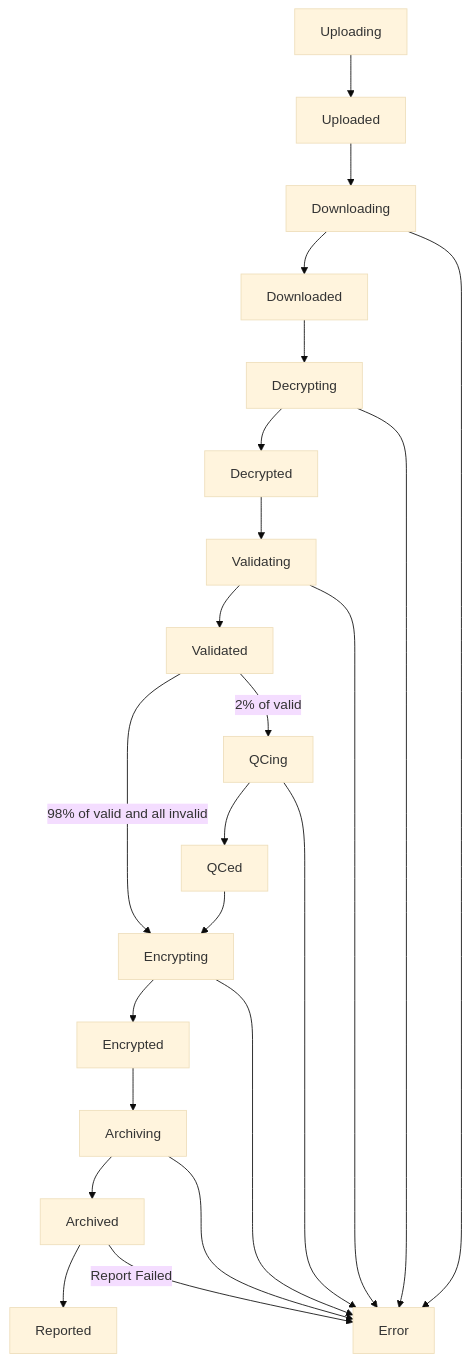
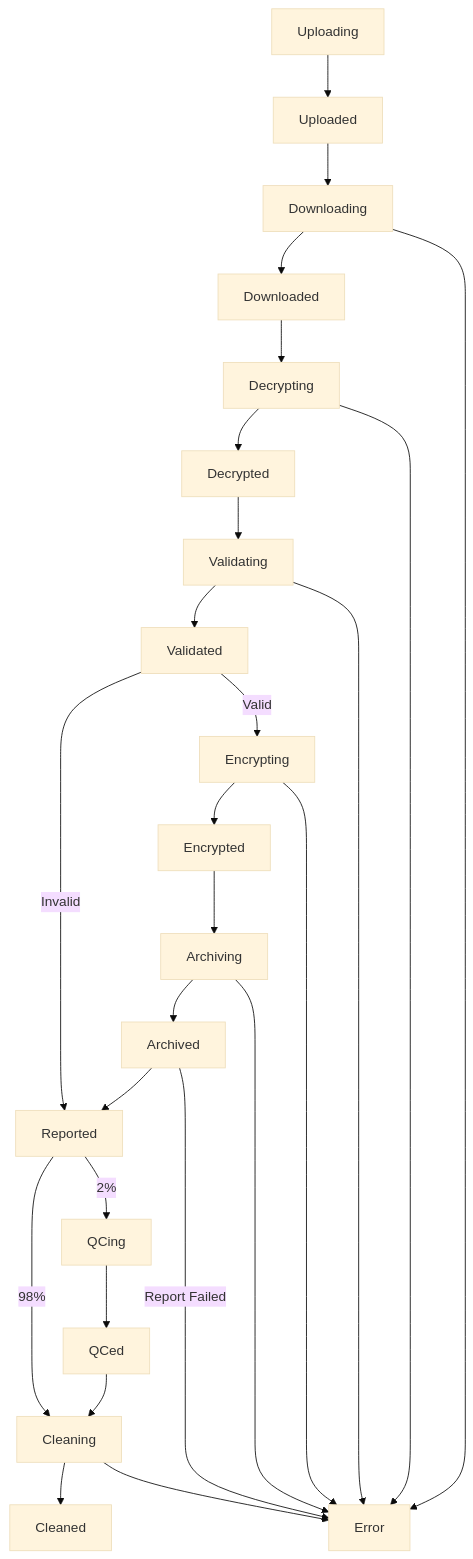
Before and after one commit to twrightsman/grz-watchdog: the second of 2 diagrams in docs/design.md, drawn with Mermaid (base theme). The commit also changed other lines of this file, not shown here.

````diff
--- a/docs/design.md
+++ b/docs/design.md
@@ -57,36 +59,41 @@
 ```mermaid
 flowchart TD
     n1["Uploading"] --> n2["Uploaded"]
     n2 --> n3["Downloading"]
     n3 --> n4["Downloaded"] & n5["Error"]
     n4 --> n7["Decrypting"]
     n7 --> n8["Decrypted"] & n5
     n8 --> n10["Validating"]
     n10 --> n11["Validated"] & n5
-    n11 -- 2% of valid --> n13["QCing"]
-    n13 --> n15["QCed"] & n5
-    n15 --> n18["Encrypting"]
-    n18 --> n19["Encrypted"] & n5
+    n18["Encrypting"] --> n19["Encrypted"] & n5
     n19 --> n20["Archiving"]
     n20 --> n21["Archived"] & n5
-    n11 -- 98% of valid and all invalid  --> n18
     n21 --> n16["Reported"]
-    n21 -- "Report Failed" --> n5
+    n21 -- Report Failed --> n5
+    n11 -- Valid --> n18
+    n11 -- Invalid --> n16
+    n16 -- 2% --> n23["QCing"]
+    n23 --> n24["QCed"]
+    n25["Cleaning"] --> n22["Cleaned"] & n5
+    n24 --> n25
+    n16 -- 98%  --> n25
 
     n1@{ shape: rect}
     n2@{ shape: rect}
     n3@{ shape: rect}
     n4@{ shape: rect}
     n5@{ shape: rect}
     n7@{ shape: rect}
     n8@{ shape: rect}
     n10@{ shape: rect}
     n11@{ shape: rect}
-    n13@{ shape: rect}
-    n15@{ shape: rect}
-    n16@{ shape: rect}
     n18@{ shape: rect}
     n19@{ shape: rect}
     n20@{ shape: rect}
     n21@{ shape: rect}
+    n16@{ shape: rect}
+    n23@{ shape: rect}
+    n24@{ shape: rect}
+    n25@{ shape: rect}
+    n22@{ shape: rect}
 ```
````
